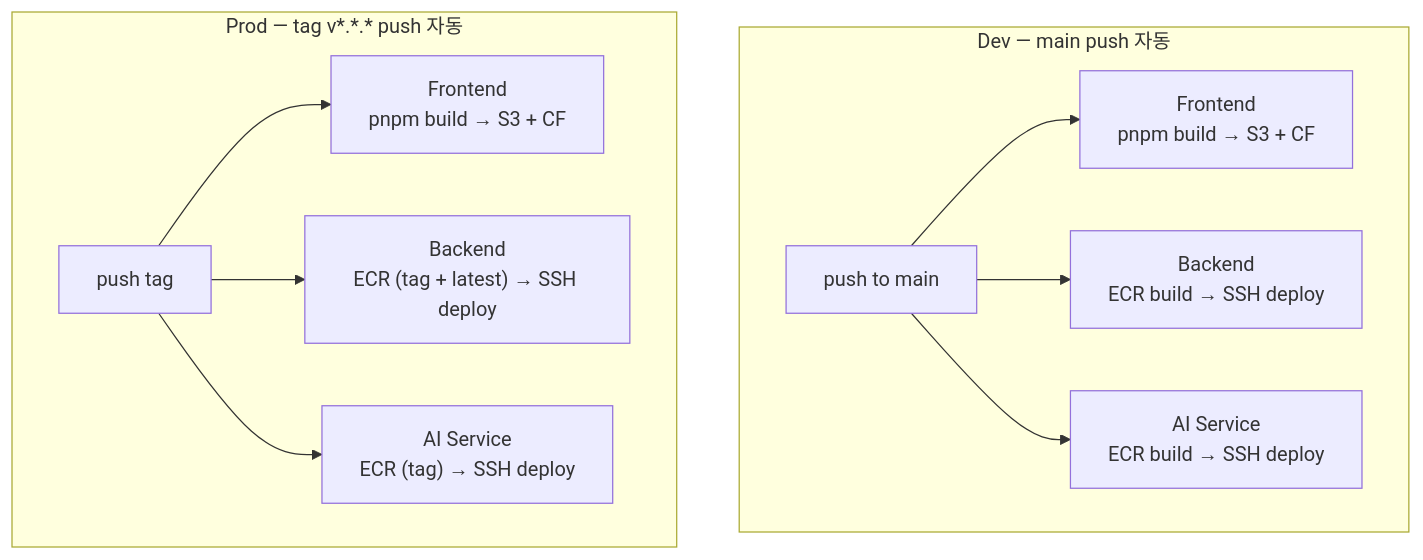
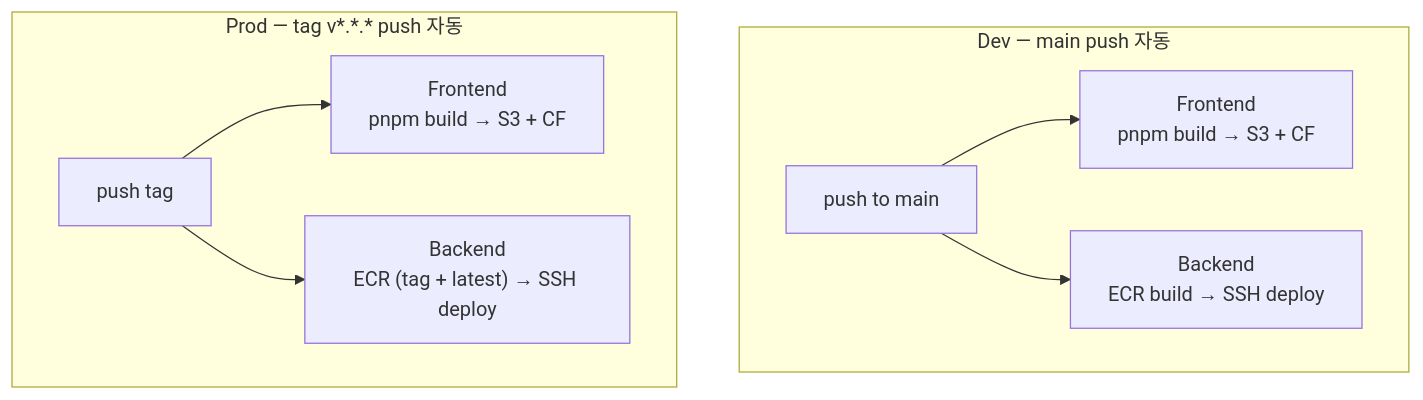
One commit to g1ennk/FlowMate changed the fourth of 4 diagrams in docs/architecture.md. Above: the diagram before and after it, drawn with Mermaid. The commit also changed other lines of this file and 3 other files, not shown here.

````diff
--- a/docs/architecture.md
+++ b/docs/architecture.md
@@ -156,14 +153,12 @@
 ```mermaid
 flowchart TD
     subgraph Dev["Dev — main push 자동"]
         D0["push to main"] --> D1["Frontend<br/>pnpm build → S3 + CF"]
         D0 --> D2["Backend<br/>ECR build → SSH deploy"]
-        D0 --> D3["AI Service<br/>ECR build → SSH deploy"]
     end
 
     subgraph Prod["Prod — tag v*.*.* push 자동"]
         P0["push tag"] --> P1["Frontend<br/>pnpm build → S3 + CF"]
         P0 --> P2["Backend<br/>ECR (tag + latest) → SSH deploy"]
-        P0 --> P3["AI Service<br/>ECR (tag) → SSH deploy"]
     end
 ```
````
